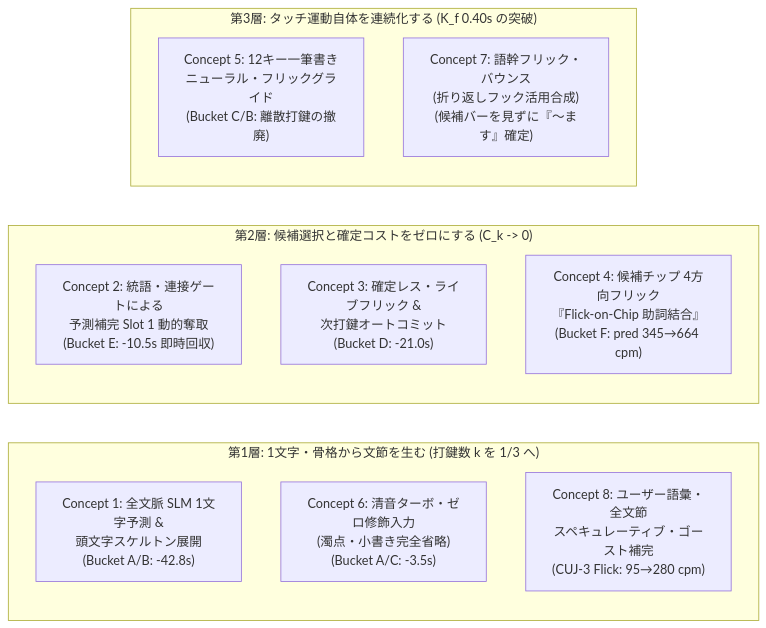
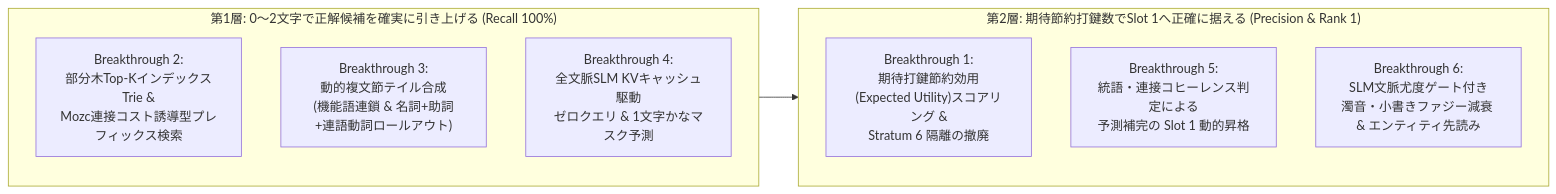
The second of 3 diagrams in docs/eis_radical_headroom_and_moonshot_concepts.md (kenichikurihara/jotinput), drawn with Mermaid before and after one commit. The commit also changed other lines of this file and 3 other files, not shown here.

````diff
--- a/docs/eis_radical_headroom_and_moonshot_concepts.md
+++ b/docs/eis_radical_headroom_and_moonshot_concepts.md
@@ -86,17 +92,14 @@
 ```mermaid
 flowchart LR
-    subgraph Layer1["第1層: 1文字・骨格から文節を生む (打鍵数 k を 1/3 へ)"]
-        C1["Concept 1: 全文脈 SLM 1文字予測 &<br/>頭文字スケルトン展開<br/>(Bucket A/B: -42.8s)"]
-        C6["Concept 6: 清音ターボ・ゼロ修飾入力<br/>(濁点・小書き完全省略)<br/>(Bucket A/C: -3.5s)"]
-        C8["Concept 8: ユーザー語彙・全文節<br/>スペキュレーティブ・ゴースト補完<br/>(CUJ-3 Flick: 95→280 cpm)"]
+    subgraph CoreRetrieval["第1層: 0〜2文字で正解候補を確実に引き上げる (Recall 100%)"]
+        B2["Breakthrough 2:<br/>部分木Top-KインデックスTrie &<br/>Mozc連接コスト誘導型プレフィックス検索"]
+        B3["Breakthrough 3:<br/>動的複文節テイル合成<br/>(機能語連鎖 & 名詞+助詞+連語動詞ロールアウト)"]
+        B4["Breakthrough 4:<br/>全文脈SLM KVキャッシュ駆動<br/>ゼロクエリ & 1文字かなマスク予測"]
     end
-    subgraph Layer2["第2層: 候補選択と確定コストをゼロにする (C_k -> 0)"]
-        C2["Concept 2: 統語・連接ゲートによる<br/>予測補完 Slot 1 動的奪取<br/>(Bucket E: -10.5s 即時回収)"]
-        C3["Concept 3: 確定レス・ライブフリック &<br/>次打鍵オートコミット<br/>(Bucket D: -21.0s)"]
-        C4["Concept 4: 候補チップ 4方向フリック<br/>『Flick-on-Chip 助詞結合』<br/>(Bucket F: pred 345→664 cpm)"]
+    subgraph CoreRanking["第2層: 期待節約打鍵数でSlot 1へ正確に据える (Precision & Rank 1)"]
+        B1["Breakthrough 1:<br/>期待打鍵節約効用(Expected Utility)スコアリング &<br/>Stratum 6 隔離の撤廃"]
+        B5["Breakthrough 5:<br/>統語・連接コヒーレンス判定による<br/>予測補完の Slot 1 動的昇格"]
+        B6["Breakthrough 6:<br/>SLM文脈尤度ゲート付き<br/>濁音・小書きファジー減衰 & エンティティ先読み"]
     end
-    subgraph Layer3["第3層: タッチ運動自体を連続化する (K_f 0.40s の突破)"]
-        C5["Concept 5: 12キー一筆書き<br/>ニューラル・フリックグライド<br/>(Bucket C/B: 離散打鍵の撤廃)"]
-        C7["Concept 7: 語幹フリック・バウンス<br/>(折り返しフック活用合成)<br/>(候補バーを見ずに『〜ます』確定)"]
-    end
+    CoreRetrieval --> CoreRanking
 ```
````
